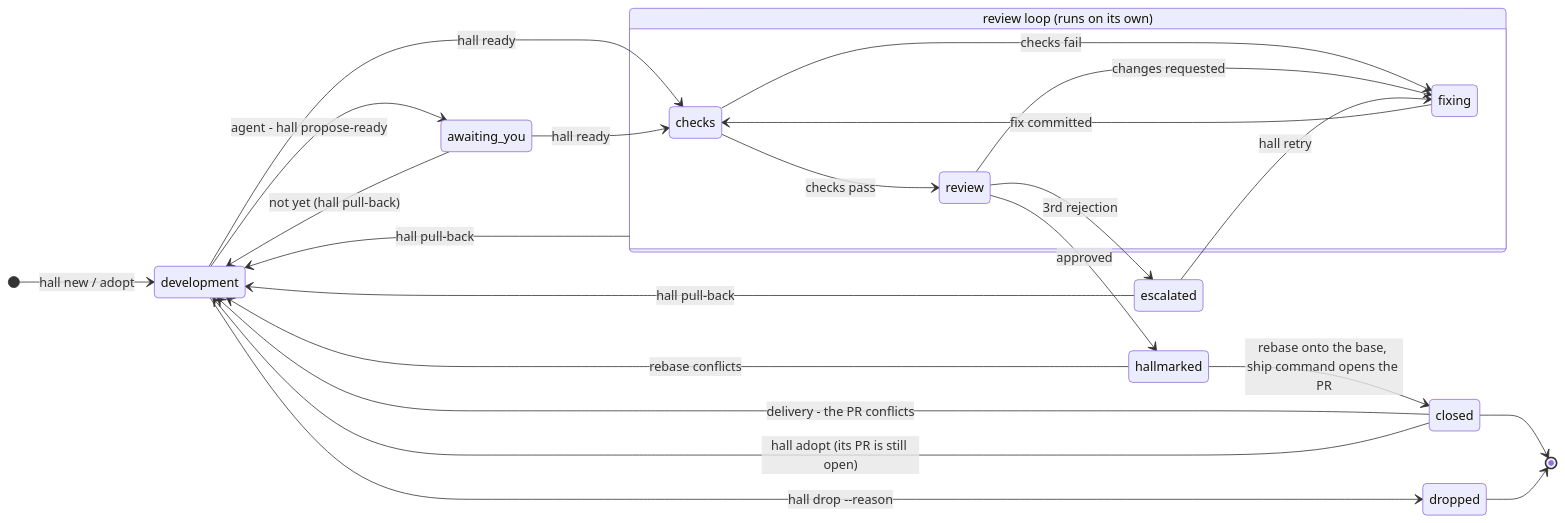
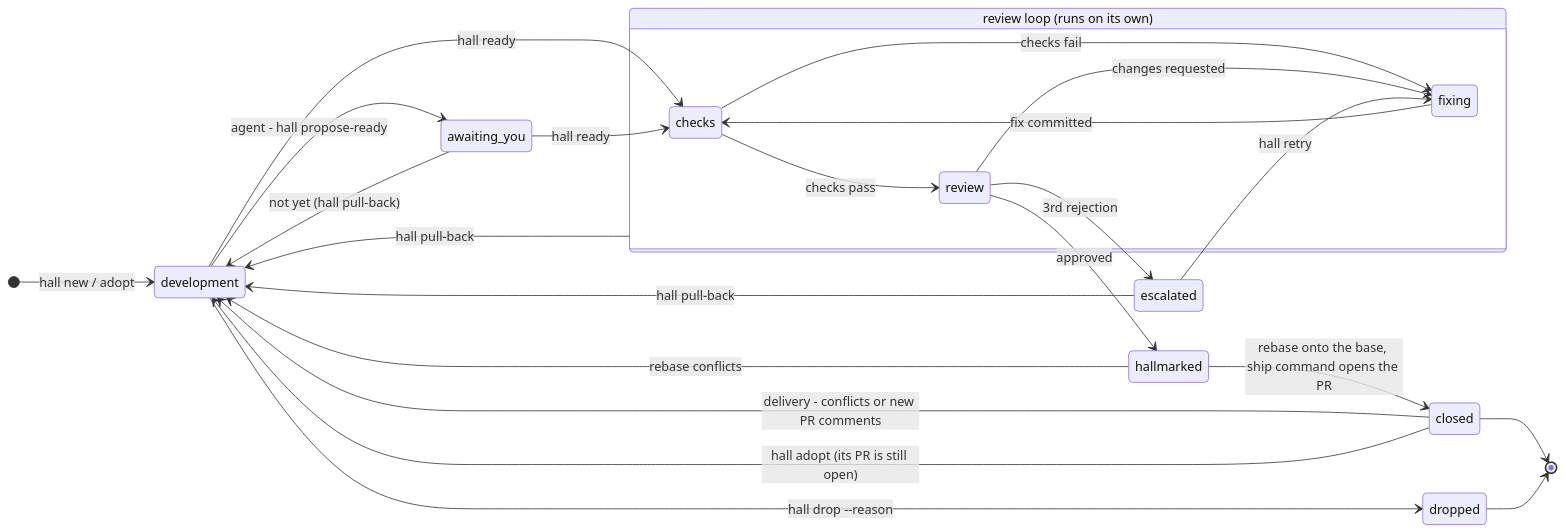
One commit to tiagocolombo/hallmark changed the diagram in README.md. Above: the diagram before and after it, drawn with Mermaid. The commit also changed other lines of this file and 15 other files, not shown here.

First line of the commit message:
feat: the Delivery office addresses new PR comments

````diff
--- a/README.md
+++ b/README.md
@@ -71,27 +71,27 @@
 ```mermaid
 stateDiagram-v2
     direction LR
     [*] --> development: hall new / adopt
     development --> awaiting_you: agent - hall propose-ready
     awaiting_you --> development: not yet (hall pull-back)
     development --> checks: hall ready
     awaiting_you --> checks: hall ready
     state "review loop (runs on its own)" as loop {
         checks --> review: checks pass
         checks --> fixing: checks fail
         review --> fixing: changes requested
         fixing --> checks: fix committed
     }
     review --> escalated: 3rd rejection
     escalated --> fixing: hall retry
     review --> hallmarked: approved
     hallmarked --> closed: rebase onto the base, ship command opens the PR
     hallmarked --> development: rebase conflicts
-    closed --> development: delivery - the PR conflicts
+    closed --> development: delivery - conflicts or new PR comments
     loop --> development: hall pull-back
     escalated --> development: hall pull-back
     development --> dropped: hall drop --reason
     closed --> development: hall adopt (its PR is still open)
     closed --> [*]
     dropped --> [*]
 ```
````
